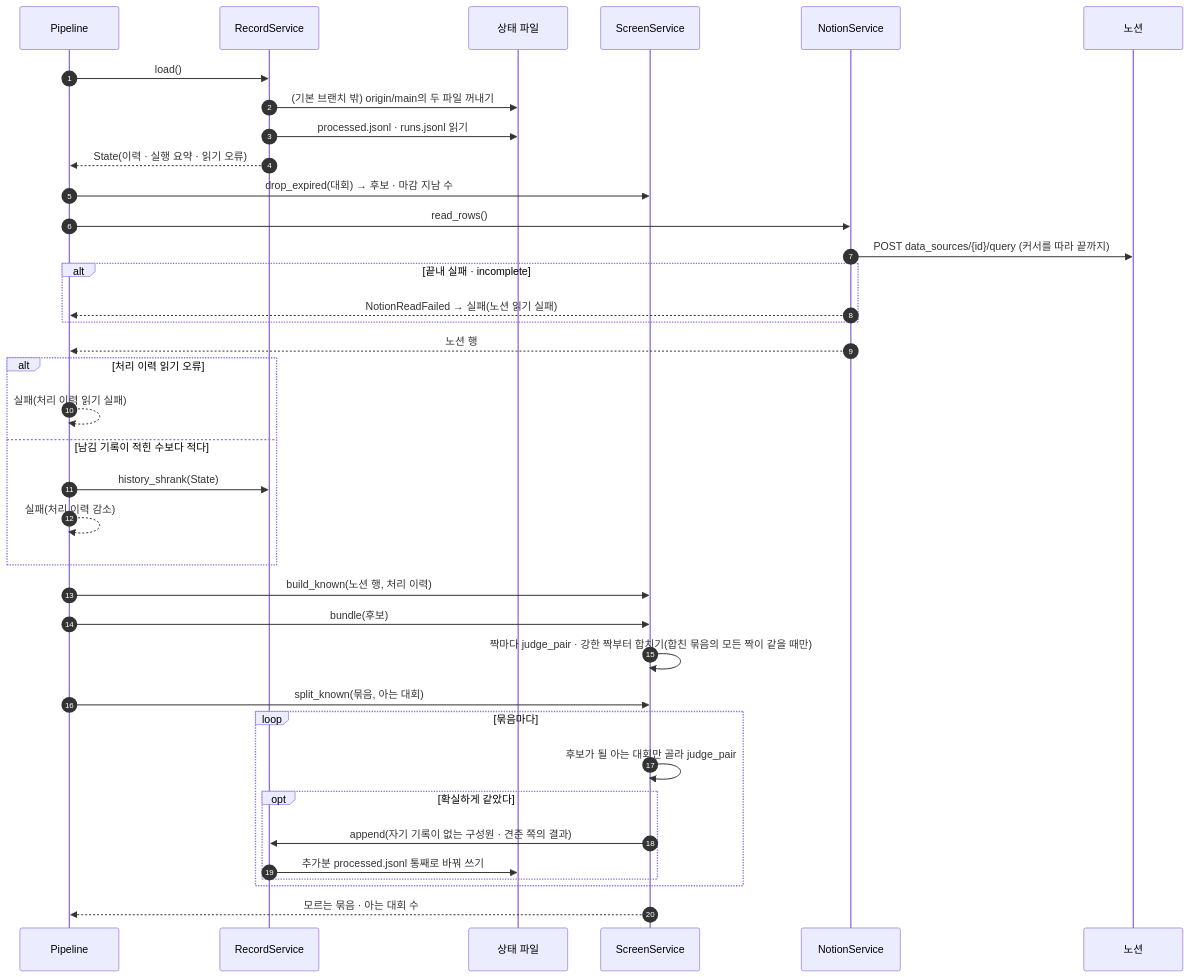
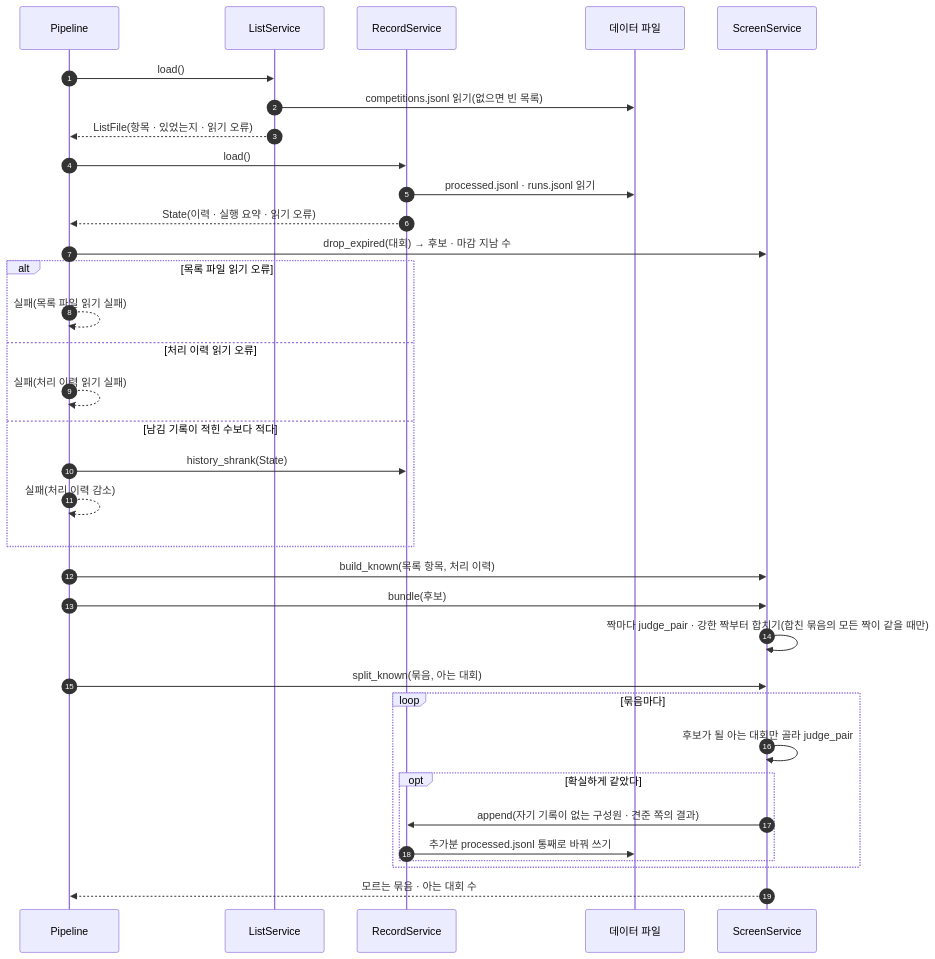
The third of 12 diagrams in docs/specs/09-SEQ/CCR-SEQ-001.md (HoyoungParkme/competition-crawler), drawn with Mermaid before and after one commit. The commit also changed other lines of this file, not shown here.

````diff
--- a/docs/specs/09-SEQ/CCR-SEQ-001.md
+++ b/docs/specs/09-SEQ/CCR-SEQ-001.md
@@ -132,39 +138,36 @@
 ```mermaid
 sequenceDiagram
     autonumber
     participant P as Pipeline
+    participant LS as ListService
     participant RS as RecordService
-    participant FS as 상태 파일
+    participant FS as 데이터 파일
     participant SS as ScreenService
-    participant NS as NotionService
-    participant N as 노션
+    P->>LS: load()
+    LS->>FS: competitions.jsonl 읽기(없으면 빈 목록)
+    LS-->>P: ListFile(항목 · 있었는지 · 읽기 오류)
     P->>RS: load()
-    RS->>FS: (기본 브랜치 밖) origin/main의 두 파일 꺼내기
     RS->>FS: processed.jsonl · runs.jsonl 읽기
     RS-->>P: State(이력 · 실행 요약 · 읽기 오류)
     P->>SS: drop_expired(대회) → 후보 · 마감 지남 수
-    P->>NS: read_rows()
-    NS->>N: POST data_sources/{id}/query (커서를 따라 끝까지)
-    alt 끝내 실패 · incomplete
-        NS-->>P: NotionReadFailed → 실패(노션 읽기 실패)
-    end
-    NS-->>P: 노션 행
-    alt 처리 이력 읽기 오류
+    alt 목록 파일 읽기 오류
+        P-->>P: 실패(목록 파일 읽기 실패)
+    else 처리 이력 읽기 오류
         P-->>P: 실패(처리 이력 읽기 실패)
     else 남김 기록이 적힌 수보다 적다
         P->>RS: history_shrank(State)
         P-->>P: 실패(처리 이력 감소)
     end
-    P->>SS: build_known(노션 행, 처리 이력)
+    P->>SS: build_known(목록 항목, 처리 이력)
     P->>SS: bundle(후보)
     SS->>SS: 짝마다 judge_pair · 강한 짝부터 합치기(합친 묶음의 모든 짝이 같을 때만)
     P->>SS: split_known(묶음, 아는 대회)
     loop 묶음마다
         SS->>SS: 후보가 될 아는 대회만 골라 judge_pair
         opt 확실하게 같았다
             SS->>RS: append(자기 기록이 없는 구성원 · 견준 쪽의 결과)
             RS->>FS: 추가분 processed.jsonl 통째로 바꿔 쓰기
         end
     end
     SS-->>P: 모르는 묶음 · 아는 대회 수
 ```
````
